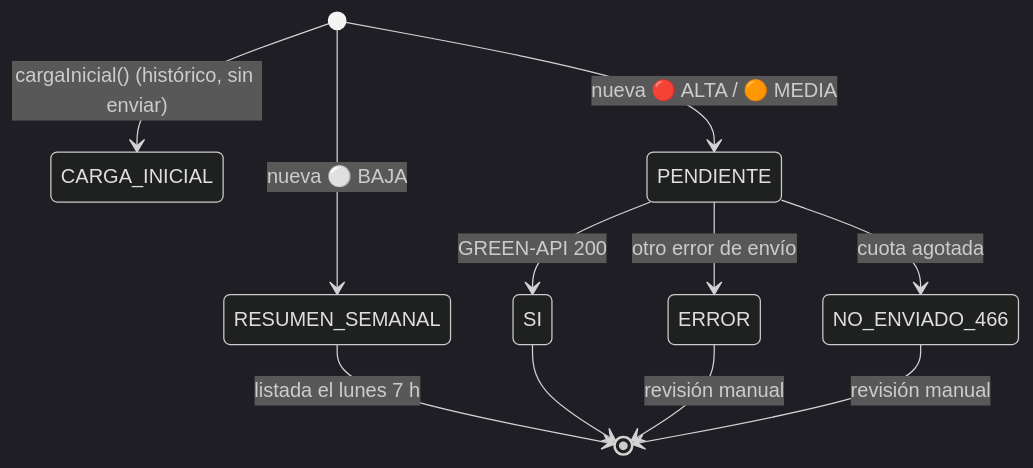
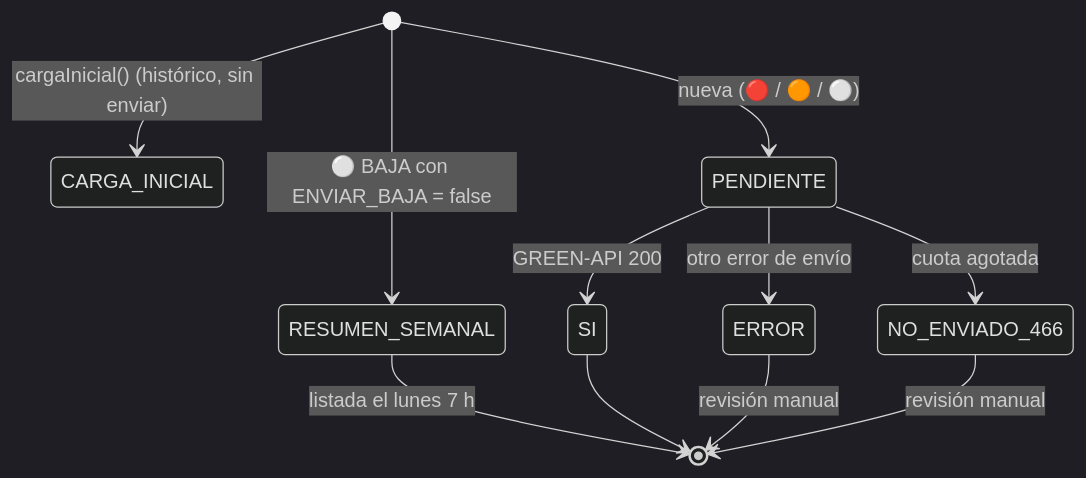
One commit to jsaavedran1-glitch/alertas-whatsapp-sanitarias-invima changed the fifth of 5 diagrams in README.md. Above: the diagram before and after it, drawn with Mermaid (dark theme). The commit also changed other lines of this file and 3 other files, not shown here.

````diff
--- a/README.md
+++ b/README.md
@@ -149,13 +149,13 @@
 ```mermaid
 stateDiagram-v2
     [*] --> CARGA_INICIAL: cargaInicial() (histórico, sin enviar)
-    [*] --> RESUMEN_SEMANAL: nueva ⚪ BAJA
-    [*] --> PENDIENTE: nueva 🔴 ALTA / 🟠 MEDIA
+    [*] --> PENDIENTE: nueva (🔴 / 🟠 / ⚪)
+    [*] --> RESUMEN_SEMANAL: ⚪ BAJA con ENVIAR_BAJA = false
     PENDIENTE --> SI: GREEN-API 200
     PENDIENTE --> ERROR: otro error de envío
     PENDIENTE --> NO_ENVIADO_466: cuota agotada
     RESUMEN_SEMANAL --> [*]: listada el lunes 7 h
     SI --> [*]
     ERROR --> [*]: revisión manual
     NO_ENVIADO_466 --> [*]: revisión manual
 ```
````
